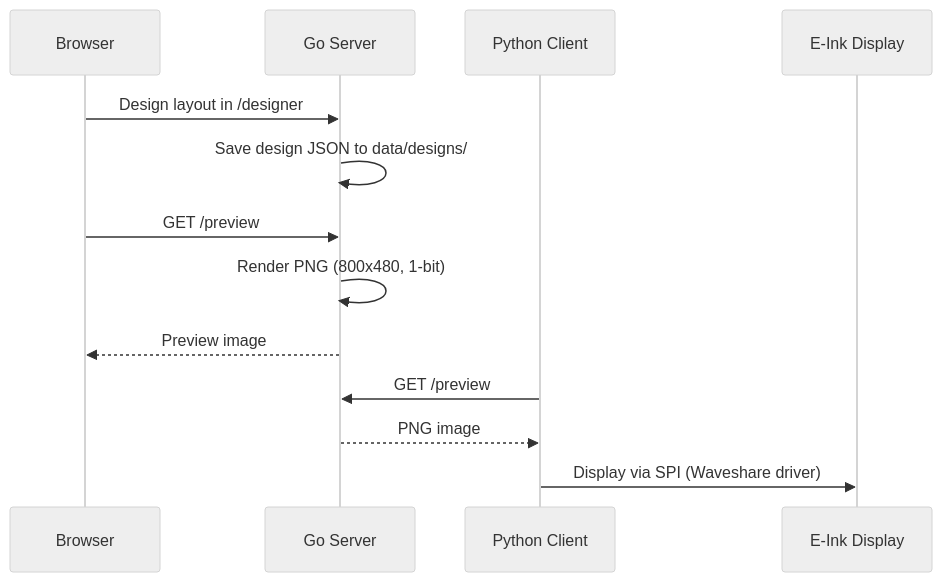
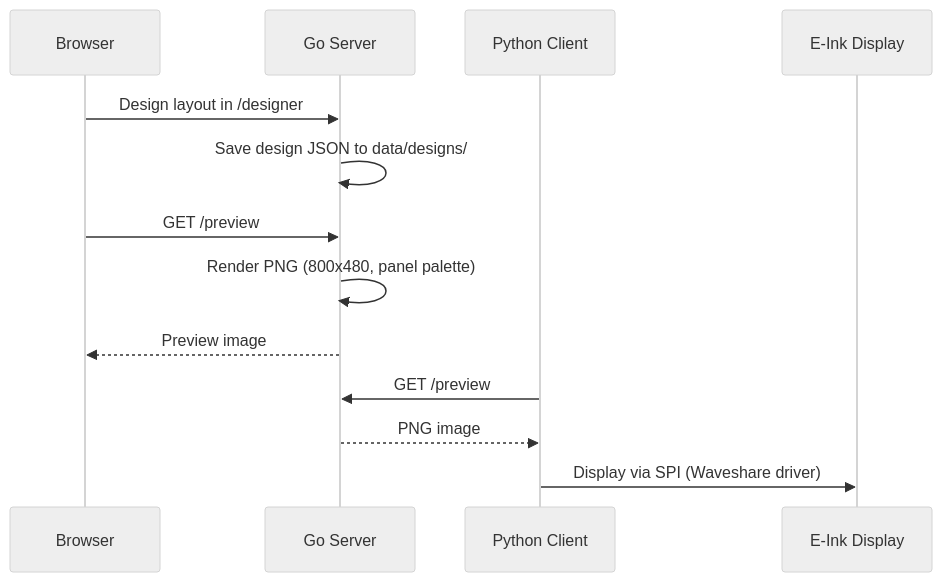
Before and after one commit to Kilian-Schwarz/E-INK-Picture: the third of 3 diagrams in README.md, drawn with Mermaid (neutral theme). The commit also changed other lines of this file, not shown here.

````diff
--- a/README.md
+++ b/README.md
@@ -103,17 +129,17 @@
 ```mermaid
 sequenceDiagram
     participant User as Browser
     participant Server as Go Server
     participant Client as Python Client
     participant EPD as E-Ink Display
 
     User->>Server: Design layout in /designer
     Server->>Server: Save design JSON to data/designs/
     User->>Server: GET /preview
-    Server->>Server: Render PNG (800x480, 1-bit)
+    Server->>Server: Render PNG (800x480, panel palette)
     Server-->>User: Preview image
 
     Client->>Server: GET /preview
     Server-->>Client: PNG image
     Client->>EPD: Display via SPI (Waveshare driver)
 ```
````
